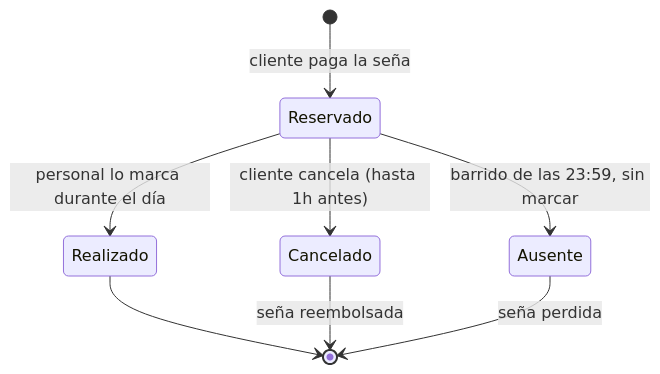
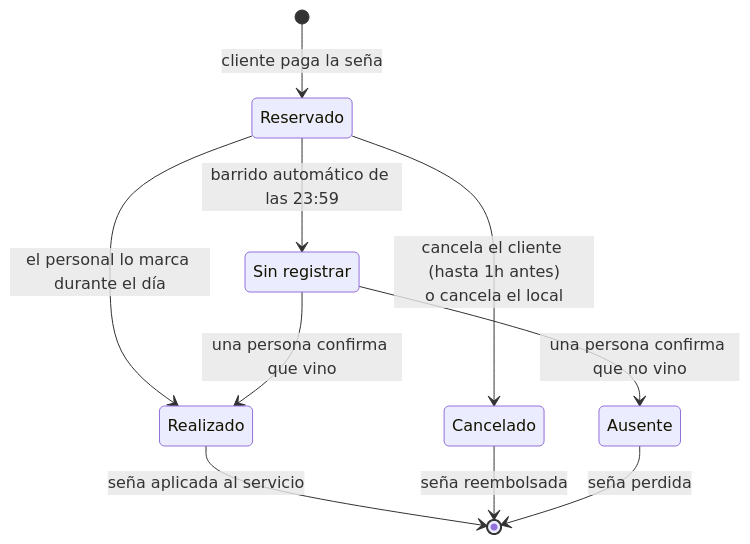
One commit to tiagorojas7/Software-JcPeluqueria changed the first of 2 diagrams in README.md. Above: the diagram before and after it, drawn with Mermaid. The commit also changed other lines of this file, not shown here.

First line of the commit message:
docs: agregar estado "sin registrar" al ciclo de vida del turno

````diff
--- a/README.md
+++ b/README.md
@@ -74,10 +74,13 @@
 ```mermaid
 stateDiagram-v2
+    state "Sin registrar" as SinRegistrar
     [*] --> Reservado: cliente paga la seña
-    Reservado --> Realizado: personal lo marca durante el día
-    Reservado --> Cancelado: cliente cancela (hasta 1h antes)
-    Reservado --> Ausente: barrido de las 23:59, sin marcar
-    Realizado --> [*]
+    Reservado --> Realizado: el personal lo marca durante el día
+    Reservado --> Cancelado: cancela el cliente (hasta 1h antes)<br/>o cancela el local
+    Reservado --> SinRegistrar: barrido automático de las 23:59
+    SinRegistrar --> Realizado: una persona confirma que vino
+    SinRegistrar --> Ausente: una persona confirma que no vino
+    Realizado --> [*]: seña aplicada al servicio
     Cancelado --> [*]: seña reembolsada
     Ausente --> [*]: seña perdida
 ```
````
